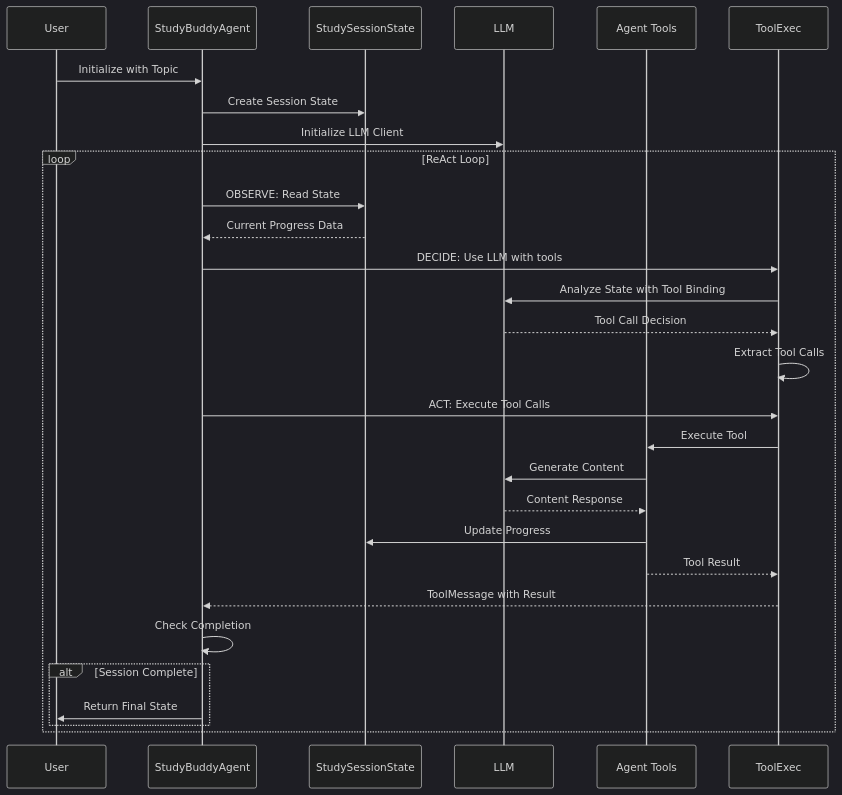
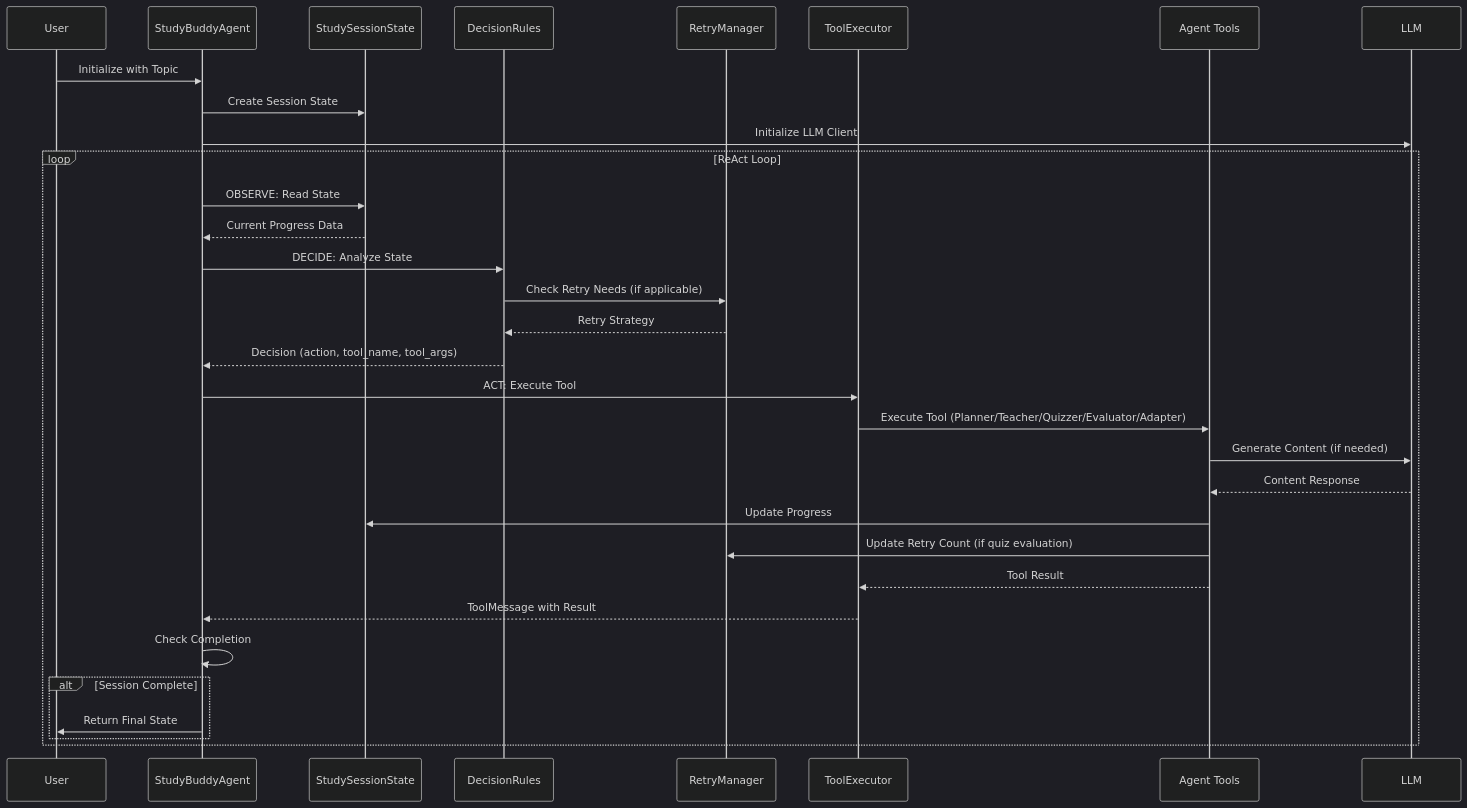
The fifth of 6 diagrams in ARCHITECTURE.md (ebinzacharias/ez-agentic-study-buddy), drawn with Mermaid (dark theme) before and after one commit. The commit also changed other lines of this file and 1 other file, not shown here.

````diff
--- a/ARCHITECTURE.md
+++ b/ARCHITECTURE.md
@@ -246,36 +355,40 @@
 ```mermaid
 sequenceDiagram
     participant User
     participant Agent as StudyBuddyAgent
     participant State as StudySessionState
+    participant DecisionRules
+    participant RetryManager
+    participant ToolExec as ToolExecutor
+    participant Tools as Agent Tools
     participant LLM
-    participant Tools as Agent Tools
     
     User->>Agent: Initialize with Topic
     Agent->>State: Create Session State
     Agent->>LLM: Initialize LLM Client
     
     loop ReAct Loop
         Agent->>State: OBSERVE: Read State
         State-->>Agent: Current Progress Data
         
-    Agent->>ToolExec: DECIDE: Use LLM with tools
-    ToolExec->>LLM: Analyze State with Tool Binding
-    LLM-->>ToolExec: Tool Call Decision
-    ToolExec->>ToolExec: Extract Tool Calls
-    
-    Agent->>ToolExec: ACT: Execute Tool Calls
-    ToolExec->>Tools: Execute Tool
-    Tools->>LLM: Generate Content
-    LLM-->>Tools: Content Response
-    Tools->>State: Update Progress
-    Tools-->>ToolExec: Tool Result
-    ToolExec-->>Agent: ToolMessage with Result
+        Agent->>DecisionRules: DECIDE: Analyze State
+        DecisionRules->>RetryManager: Check Retry Needs (if applicable)
+        RetryManager-->>DecisionRules: Retry Strategy
+        DecisionRules-->>Agent: Decision (action, tool_name, tool_args)
+        
+        Agent->>ToolExec: ACT: Execute Tool
+        ToolExec->>Tools: Execute Tool (Planner/Teacher/Quizzer/Evaluator/Adapter)
+        Tools->>LLM: Generate Content (if needed)
+        LLM-->>Tools: Content Response
+        Tools->>State: Update Progress
+        Tools->>RetryManager: Update Retry Count (if quiz evaluation)
+        Tools-->>ToolExec: Tool Result
+        ToolExec-->>Agent: ToolMessage with Result
         
         Agent->>Agent: Check Completion
         
         alt Session Complete
             Agent->>User: Return Final State
         end
     end
 ```
````
